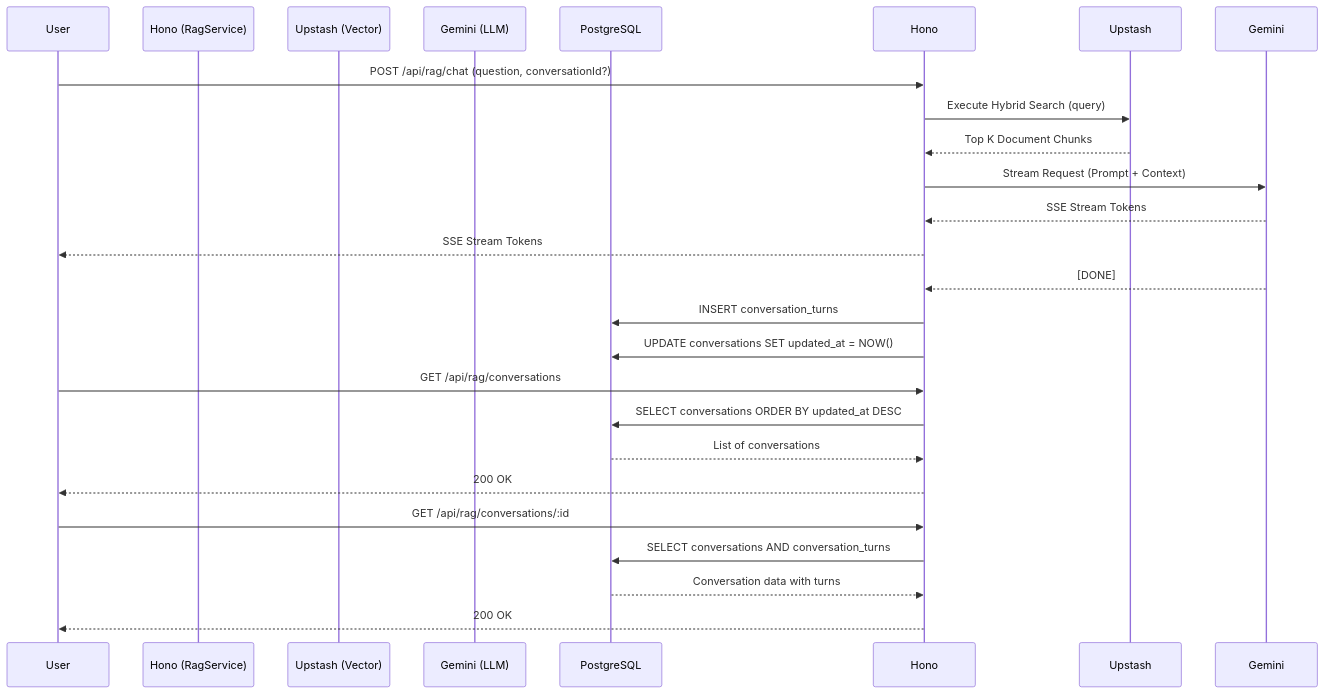
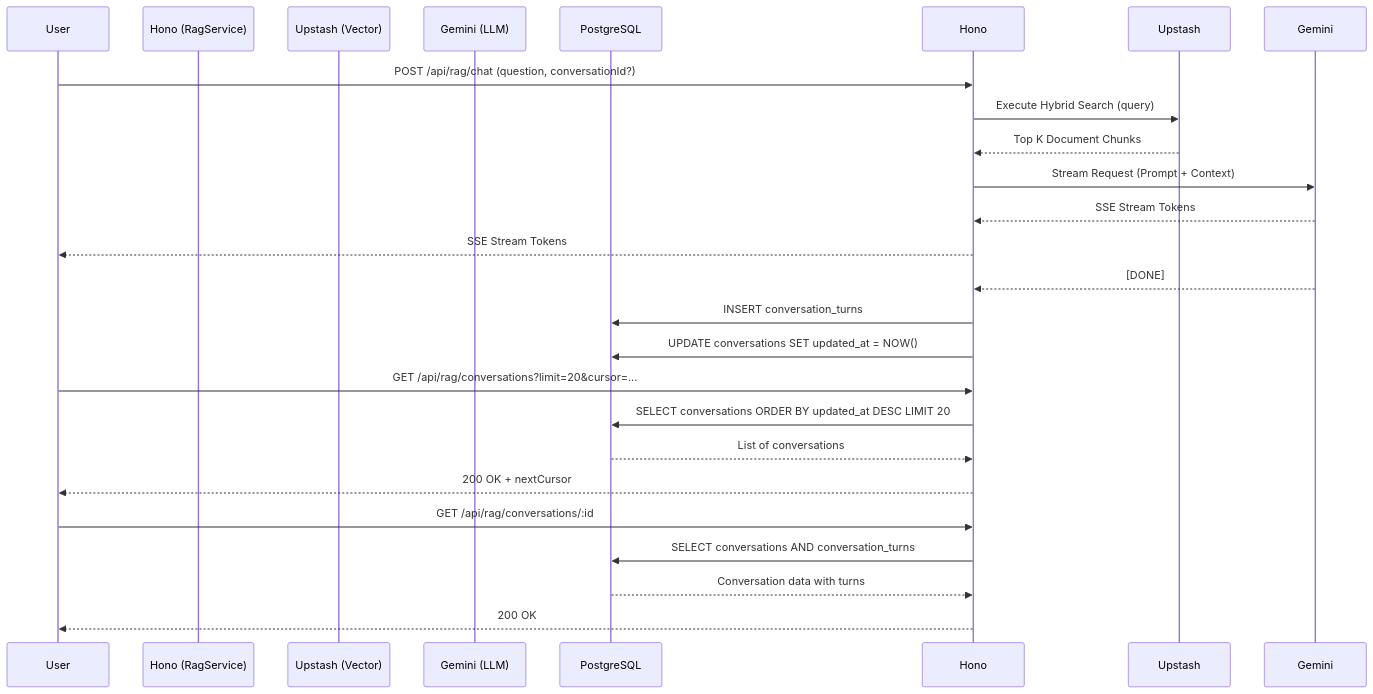
The diagram in docs/backend/rag-streaming-and-history.md (kanzhamada/Dokyudo), drawn with Mermaid before and after one commit. The commit also changed other lines of this file and 7 other files, not shown here.

First line of the commit message:
Add cursor-based pagination to list conversations

````diff
--- a/docs/backend/rag-streaming-and-history.md
+++ b/docs/backend/rag-streaming-and-history.md
@@ -7,28 +7,28 @@
 ```mermaid
 sequenceDiagram
     participant User
     participant Hono (RagService)
     participant Upstash (Vector)
     participant Gemini (LLM)
     participant PostgreSQL
 
     User->>Hono: POST /api/rag/chat (question, conversationId?)
     Hono->>Upstash: Execute Hybrid Search (query)
     Upstash-->>Hono: Top K Document Chunks
     Hono->>Gemini: Stream Request (Prompt + Context)
     Gemini-->>Hono: SSE Stream Tokens
     Hono-->>User: SSE Stream Tokens
     Gemini-->>Hono: [DONE]
     Hono->>PostgreSQL: INSERT conversation_turns
     Hono->>PostgreSQL: UPDATE conversations SET updated_at = NOW()
     
-    User->>Hono: GET /api/rag/conversations
-    Hono->>PostgreSQL: SELECT conversations ORDER BY updated_at DESC
+    User->>Hono: GET /api/rag/conversations?limit=20&cursor=...
+    Hono->>PostgreSQL: SELECT conversations ORDER BY updated_at DESC LIMIT 20
     PostgreSQL-->>Hono: List of conversations
-    Hono-->>User: 200 OK
+    Hono-->>User: 200 OK + nextCursor
 
     User->>Hono: GET /api/rag/conversations/:id
     Hono->>PostgreSQL: SELECT conversations AND conversation_turns
     PostgreSQL-->>Hono: Conversation data with turns
     Hono-->>User: 200 OK
 ```
````
